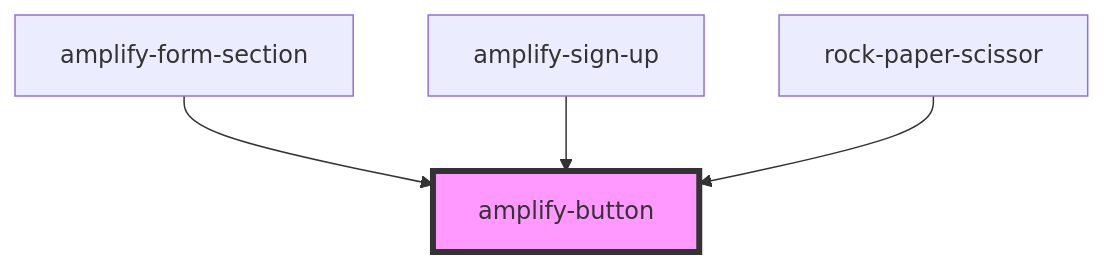
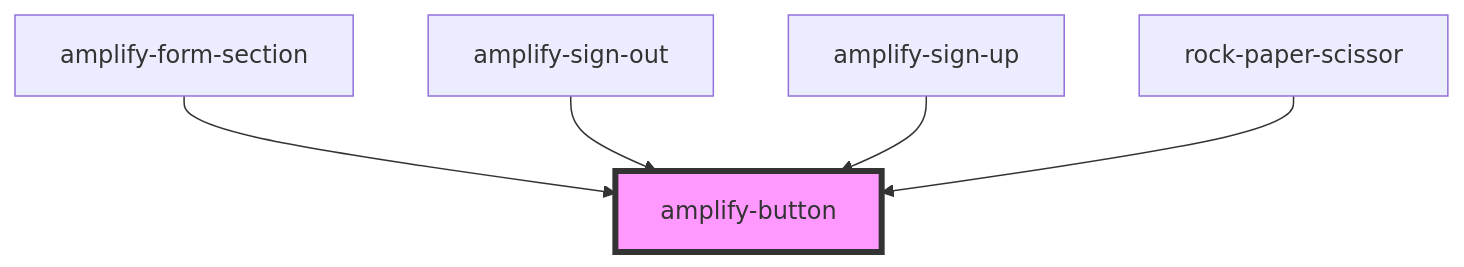
The diagram in packages/amplify-ui-components/src/components/amplify-button/readme.md (aws-amplify/amplify-js), drawn with Mermaid before and after one commit. The commit also changed other lines of this file and 19 other files, not shown here.

First line of the commit message:
feat(@aws-amplify/ui-components): amplify-sign-out (#4364)

````diff
--- a/packages/amplify-ui-components/src/components/amplify-button/readme.md
+++ b/packages/amplify-ui-components/src/components/amplify-button/readme.md
@@ -26,7 +27,8 @@
 ```mermaid
 graph TD;
   amplify-form-section --> amplify-button
+  amplify-sign-out --> amplify-button
   amplify-sign-up --> amplify-button
   rock-paper-scissor --> amplify-button
   style amplify-button fill:#f9f,stroke:#333,stroke-width:4px
 ```
````
